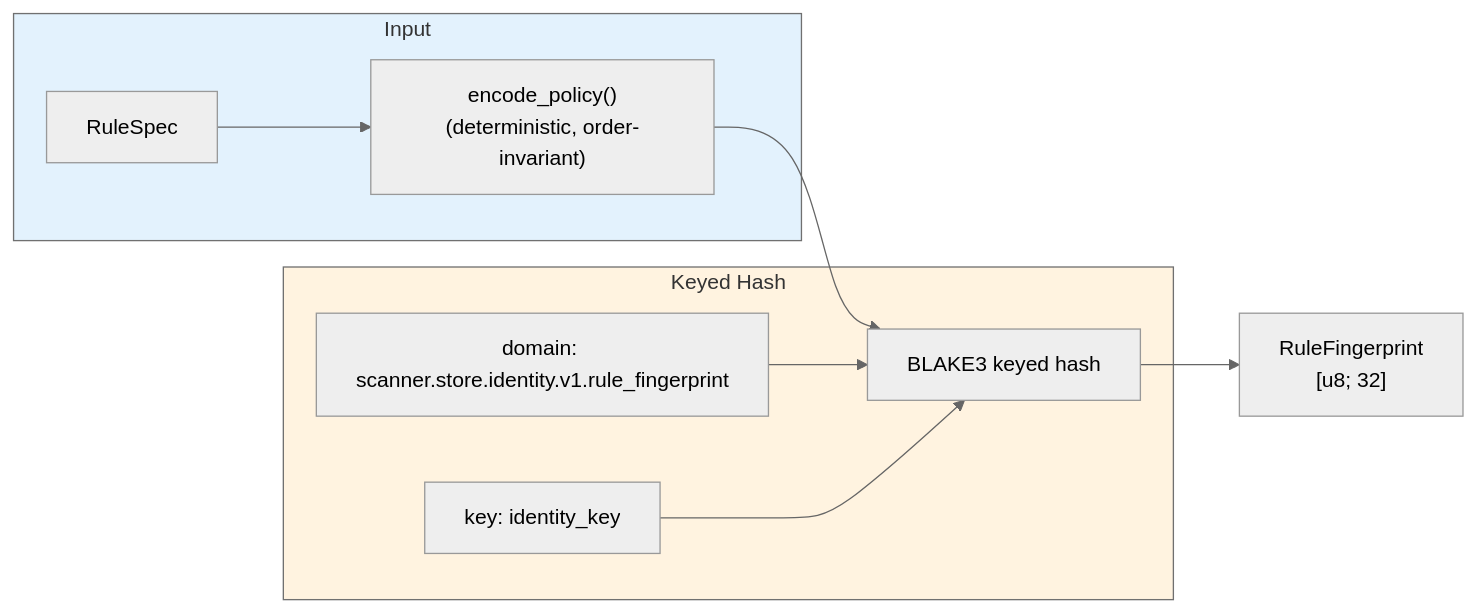
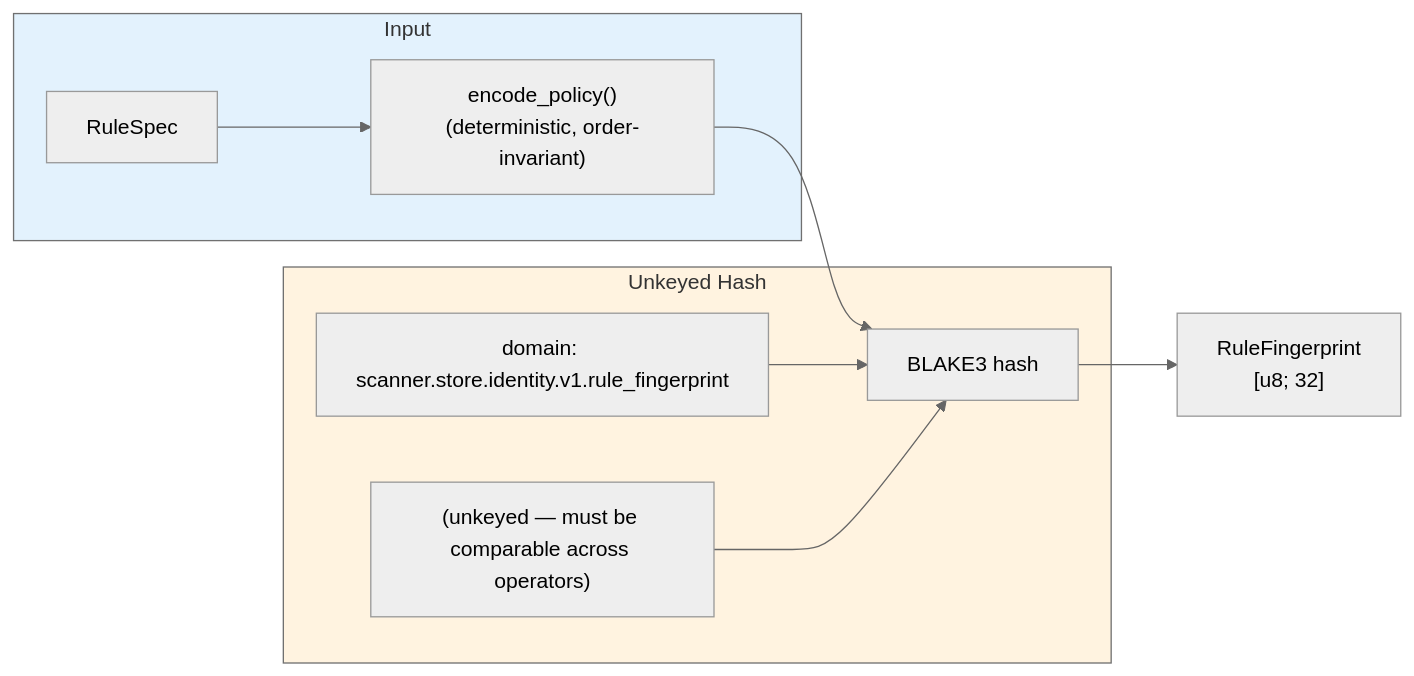
The second of 4 diagrams in docs/persistence-identity.md (ahrav/scratch-scanner-rs), drawn with Mermaid (neutral theme) before and after one commit. The commit also changed other lines of this file and 19 other files, not shown here.

````diff
--- a/docs/persistence-identity.md
+++ b/docs/persistence-identity.md
@@ -194,24 +194,24 @@
 ```mermaid
 flowchart LR
     subgraph Input["Input"]
         Rule["RuleSpec"]
         Encode["encode_policy()<br/>(deterministic, order-invariant)"]
     end
 
-    subgraph Hash["Keyed Hash"]
+    subgraph Hash["Unkeyed Hash"]
         Domain["domain: scanner.store.identity.v1.rule_fingerprint"]
-        Key["key: identity_key"]
-        BLAKE3["BLAKE3 keyed hash"]
+        Key["(unkeyed — must be comparable across operators)"]
+        BLAKE3["BLAKE3 hash"]
     end
 
     Output["RuleFingerprint<br/>[u8; 32]"]
 
     Rule --> Encode
     Encode --> BLAKE3
     Domain --> BLAKE3
     Key --> BLAKE3
     BLAKE3 --> Output
 
     style Input fill:#e3f2fd
     style Hash fill:#fff3e0
 ```
````
